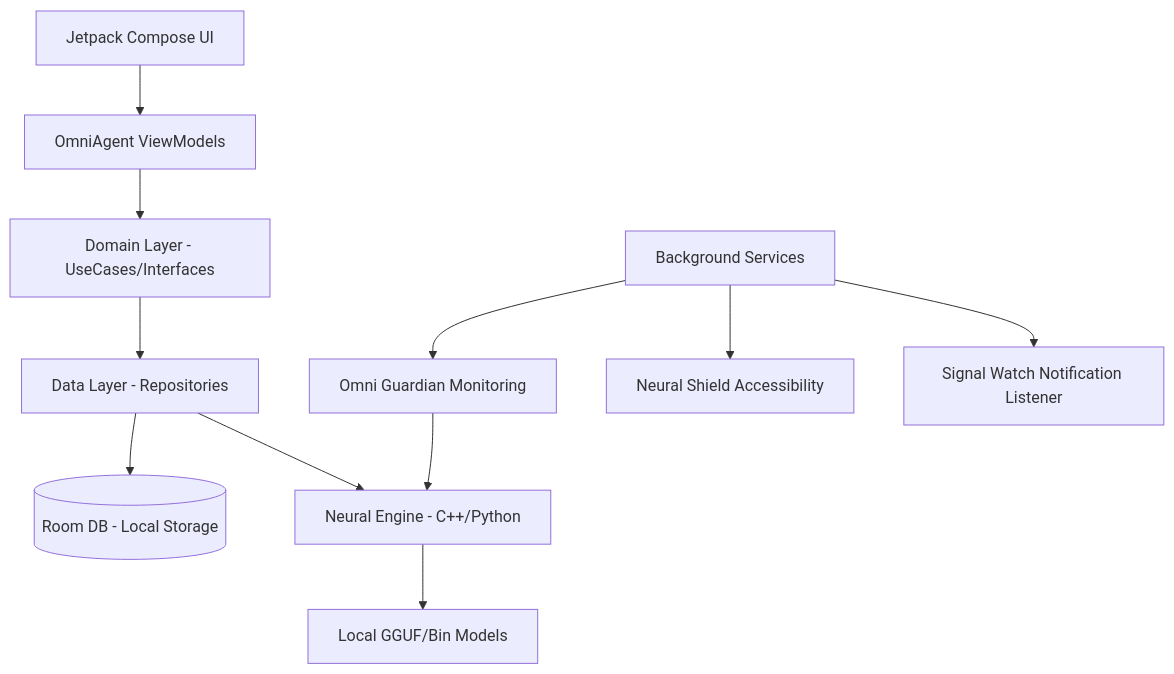
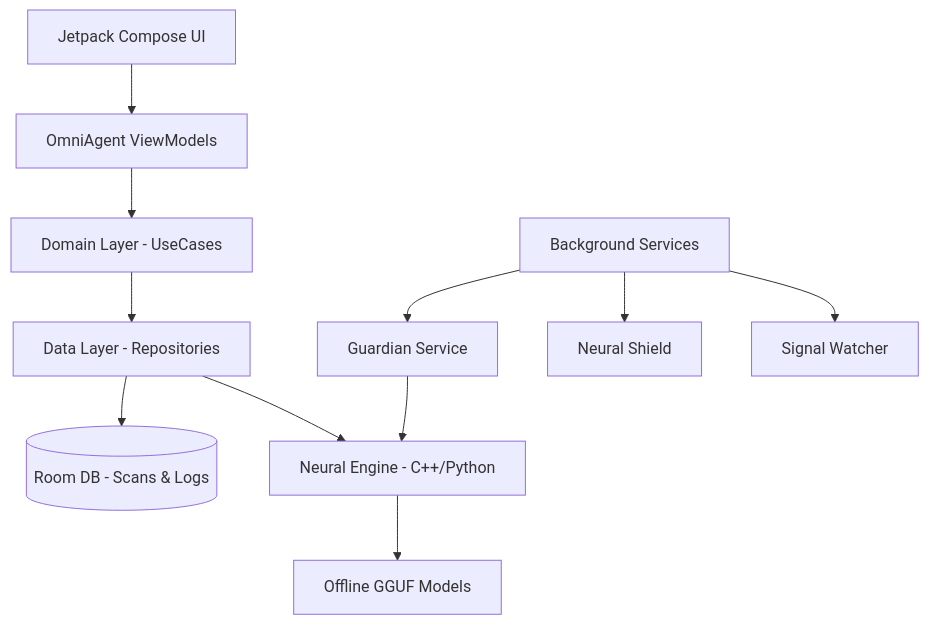
One commit to ravirajjavvadi/omniagent-android changed the diagram in README.md. Above: the diagram before and after it, drawn with Mermaid. The commit also changed other lines of this file, not shown here.

Commit message:
README with updated architecture diagrams, technical specifications, and project setup instructions

````diff
--- a/README.md
+++ b/README.md
@@ -19,14 +29,14 @@
 ```mermaid
 graph TD
     UI[Jetpack Compose UI] --> VM[OmniAgent ViewModels]
-    VM --> Domain[Domain Layer - UseCases/Interfaces]
+    VM --> Domain[Domain Layer - UseCases]
     Domain --> Data[Data Layer - Repositories]
-    Data --> Room[(Room DB - Local Storage)]
+    Data --> Room[(Room DB - Scans & Logs)]
     Data --> Engine[Neural Engine - C++/Python]
-    Engine --> Models[Local GGUF/Bin Models]
+    Engine --> Models[Offline GGUF Models]
     
-    SubApp[Background Services] --> Guardian[Omni Guardian Monitoring]
+    SubApp[Background Services] --> Guardian[Guardian Service]
     Guardian --> Engine
-    SubApp --> Shield[Neural Shield Accessibility]
-    SubApp --> Watch[Signal Watch Notification Listener]
+    SubApp --> Shield[Neural Shield]
+    SubApp --> Watch[Signal Watcher]
 ```
````
